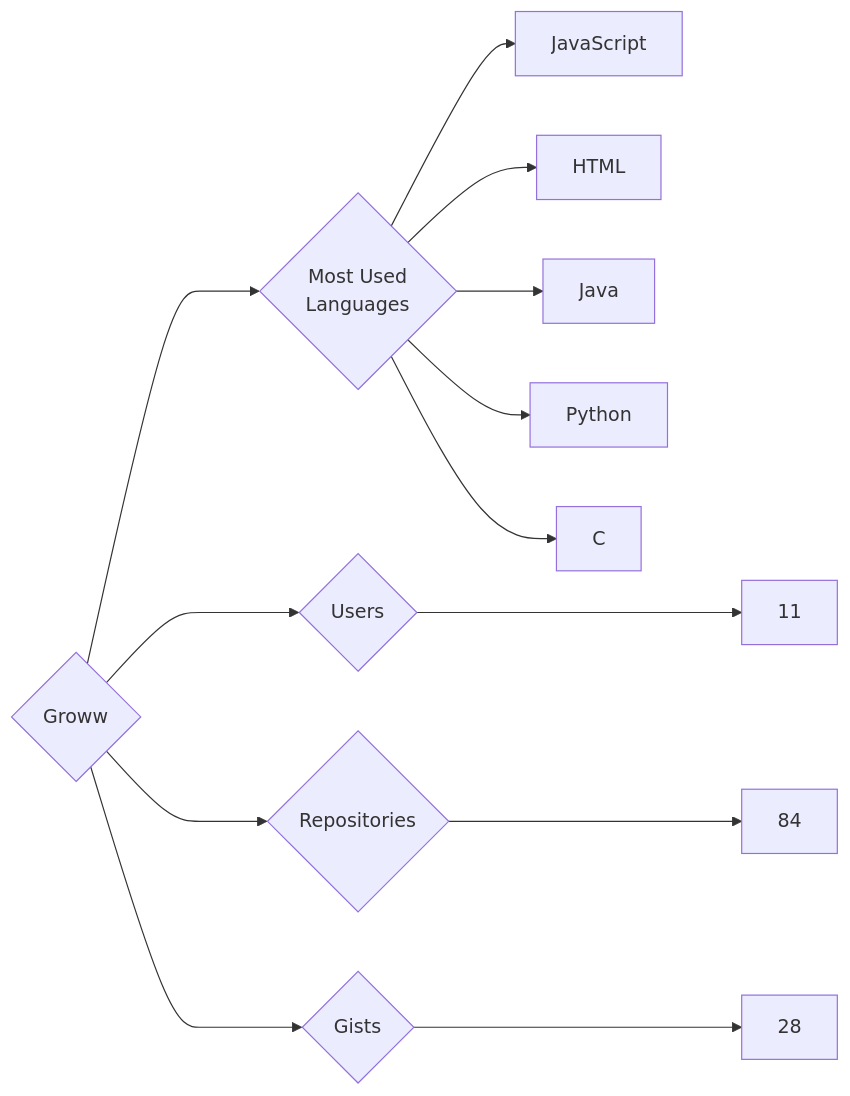
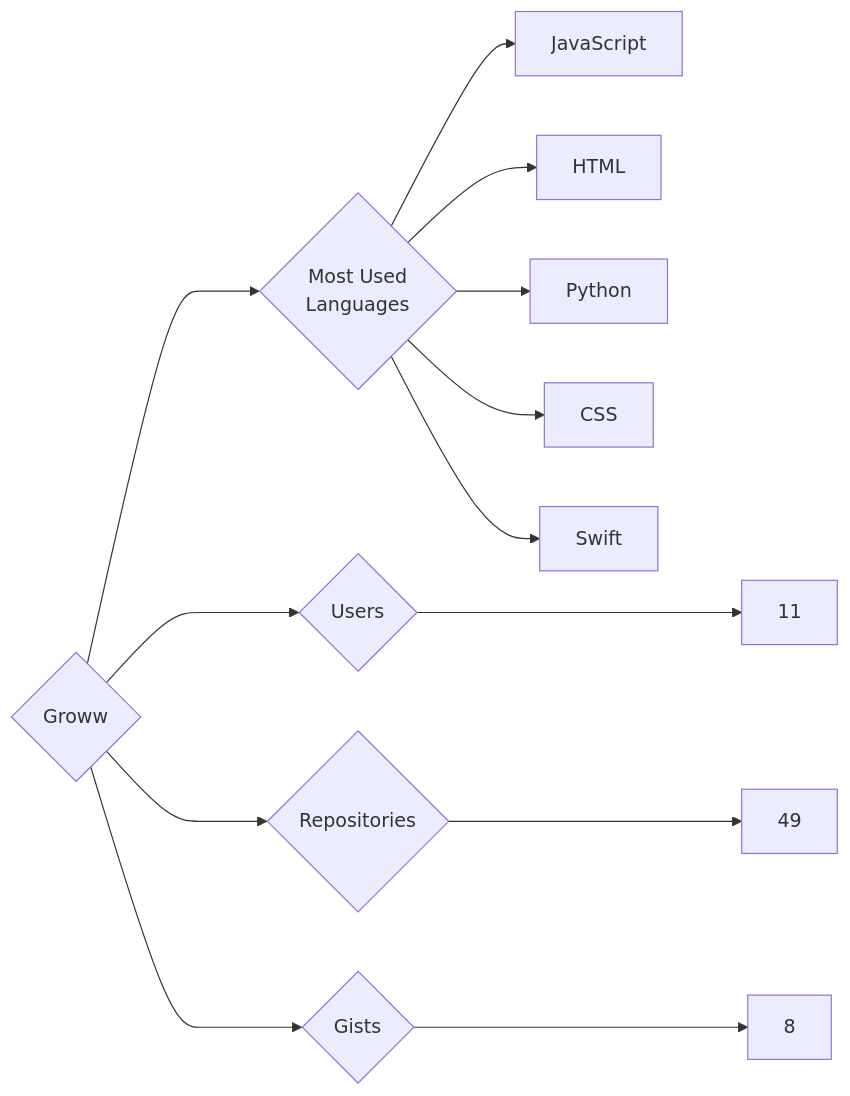
Before and after one commit to trickest/insiders: the diagram in targets/Groww/README.md, drawn with Mermaid. The commit also changed 679 other files, not shown here.

````diff
--- a/targets/Groww/README.md
+++ b/targets/Groww/README.md
@@ -3,13 +3,13 @@
 ```mermaid
 graph LR
 COMPANY_NAME{Groww}
 COMPANY_NAME ---> U{Users} ---> UN[11]
-COMPANY_NAME ---> R{Repositories} ---> RN[84]
-COMPANY_NAME ---> G{Gists} ---> GN[28]
+COMPANY_NAME ---> R{Repositories} ---> RN[49]
+COMPANY_NAME ---> G{Gists} ---> GN[8]
 COMPANY_NAME ---> ML{Most Used<br>Languages}
 ML --> JavaScript[JavaScript]
 ML --> HTML[HTML]
-ML --> Java[Java]
 ML --> Python[Python]
-ML --> C[C]
+ML --> CSS[CSS]
+ML --> Swift[Swift]
 ```
````
